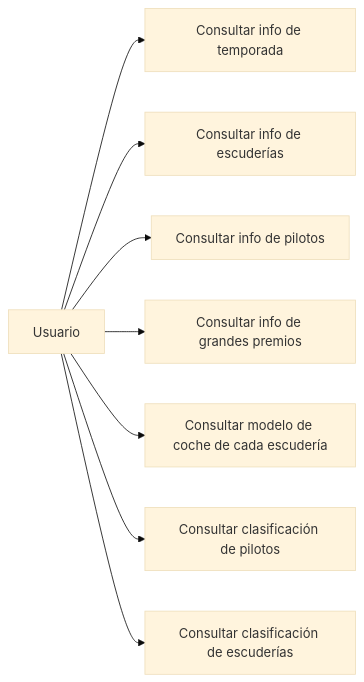
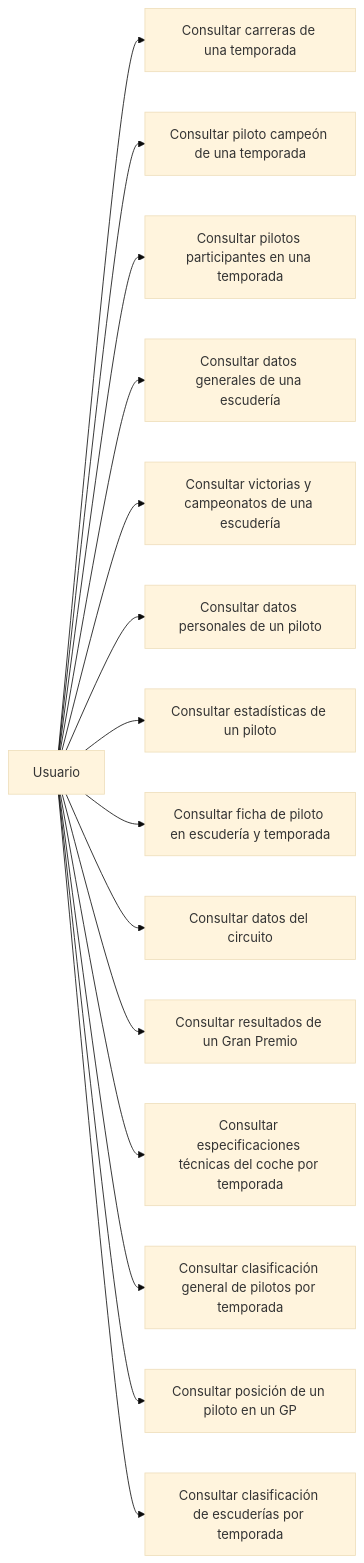
The diagram in analisis/diagramaCasosDeUso.md (1l0h/f1), drawn with Mermaid (base theme) before and after one commit. The commit also changed 1 other file, not shown here.

Commit message:
Mejorados Casos de uso

````diff
--- a/analisis/diagramaCasosDeUso.md
+++ b/analisis/diagramaCasosDeUso.md
@@ -1,19 +1,34 @@
 ```mermaid
 flowchart LR
     Usuario["Usuario"]
-    UC1["Consultar info de temporada"]
-    UC2["Consultar info de escuderías"]
-    UC3["Consultar info de pilotos"]
-    UC4["Consultar info de grandes premios"]
-    UC5["Consultar modelo de coche de cada escudería"]
-    UC6["Consultar clasificación de pilotos"]
-    UC7["Consultar clasificación de escuderías"]
-    
-    Usuario --> UC1
-    Usuario --> UC2
-    Usuario --> UC3
-    Usuario --> UC4
-    Usuario --> UC5
-    Usuario --> UC6
-    Usuario --> UC7
+
+    TemporadaCarreras["Consultar carreras de una temporada"]
+    TemporadaCampeon["Consultar piloto campeón de una temporada"]
+    TemporadaPilotos["Consultar pilotos participantes en una temporada"]
+    EscuderiaDatos["Consultar datos generales de una escudería"]
+    EscuderiaStats["Consultar victorias y campeonatos de una escudería"]
+    PilotoDatos["Consultar datos personales de un piloto"]
+    PilotoStats["Consultar estadísticas de un piloto"]
+    PilotoFicha["Consultar ficha de piloto en escudería y temporada"]
+    GPCircuitoDatos["Consultar datos del circuito"]
+    GPResultados["Consultar resultados de un Gran Premio"]
+    CocheSpecs["Consultar especificaciones técnicas del coche por temporada"]
+    ClasificacionPilotos["Consultar clasificación general de pilotos por temporada"]
+    ClasificacionPiloto["Consultar posición de un piloto en un GP"]
+    ClasificacionEscuderia["Consultar clasificación de escuderías por temporada"]
+
+    Usuario --> TemporadaCarreras
+    Usuario --> TemporadaCampeon
+    Usuario --> TemporadaPilotos
+    Usuario --> EscuderiaDatos
+    Usuario --> EscuderiaStats
+    Usuario --> PilotoDatos
+    Usuario --> PilotoStats
+    Usuario --> PilotoFicha
+    Usuario --> GPCircuitoDatos
+    Usuario --> GPResultados
+    Usuario --> CocheSpecs
+    Usuario --> ClasificacionPilotos
+    Usuario --> ClasificacionPiloto
+    Usuario --> ClasificacionEscuderia
 ```
````
